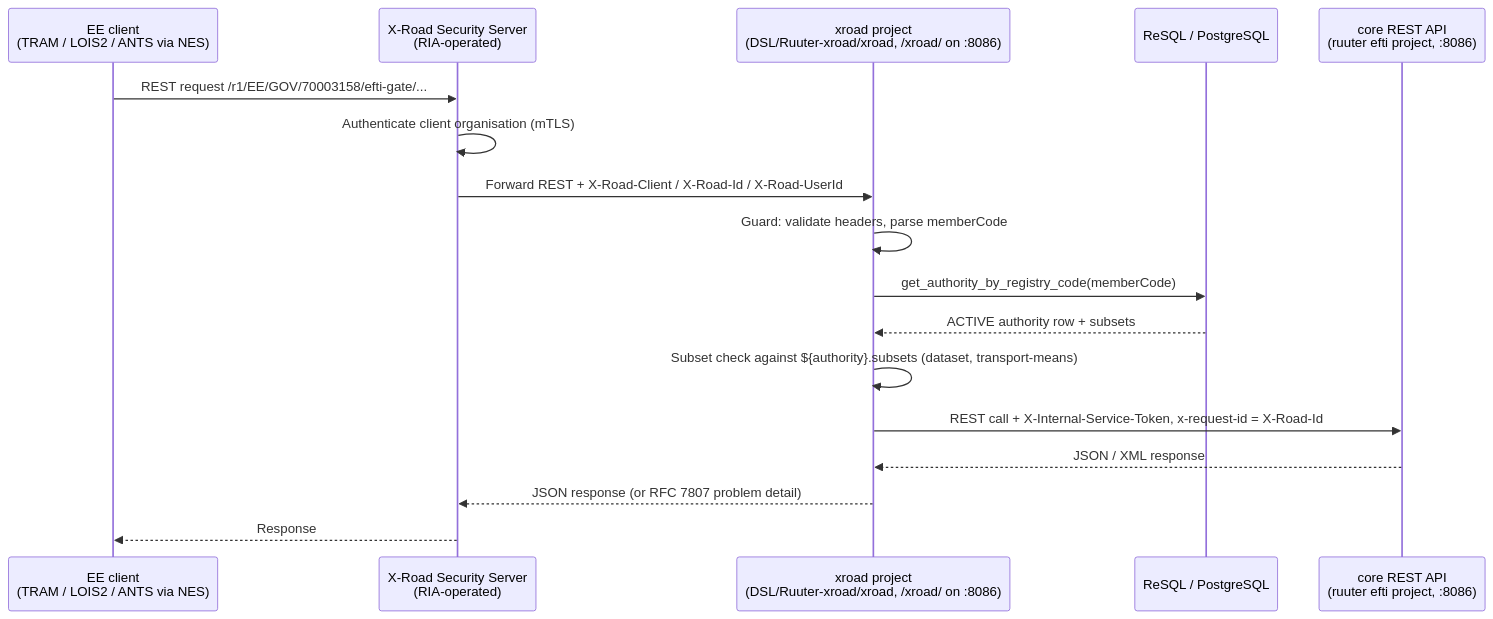
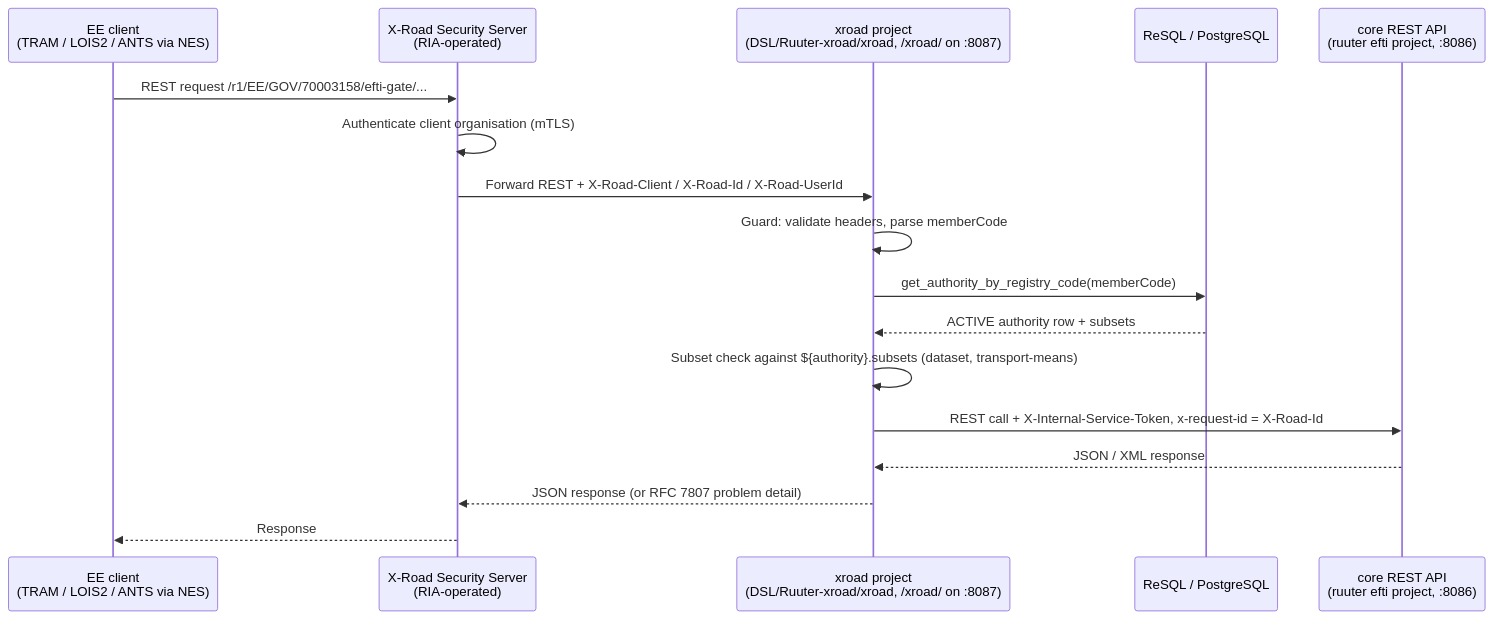
One commit to kemit-ee/efti-gate-ee changed the diagram in docs/architecture/integrations/x_road_integration.md. Above: the diagram before and after it, drawn with Mermaid. The commit also changed other lines of this file and 3 other files, not shown here.

Commit message:
docs(xroad): ADR-006, ADR-010 and the X-Road integration docs name ruuter-xroad on port 8087 and the current Ruuter version

````diff
--- a/docs/architecture/integrations/x_road_integration.md
+++ b/docs/architecture/integrations/x_road_integration.md
@@ -27,19 +26,19 @@
 ```mermaid
 sequenceDiagram
     participant Client as EE client<br/>(TRAM / LOIS2 / ANTS via NES)
     participant SS as X-Road Security Server<br/>(RIA-operated)
-    participant Adapter as xroad project<br/>(DSL/Ruuter-xroad/xroad, /xroad/ on :8086)
+    participant Adapter as xroad project<br/>(DSL/Ruuter-xroad/xroad, /xroad/ on :8087)
     participant Resql as ReSQL / PostgreSQL
     participant Core as core REST API<br/>(ruuter efti project, :8086)
     Client->>SS: REST request /r1/EE/GOV/70003158/efti-gate/...
     SS->>SS: Authenticate client organisation (mTLS)
     SS->>Adapter: Forward REST + X-Road-Client / X-Road-Id / X-Road-UserId
     Adapter->>Adapter: Guard: validate headers, parse memberCode
     Adapter->>Resql: get_authority_by_registry_code(memberCode)
     Resql-->>Adapter: ACTIVE authority row + subsets
     Adapter->>Adapter: Subset check against ${authority}.subsets (dataset, transport-means)
     Adapter->>Core: REST call + X-Internal-Service-Token, x-request-id = X-Road-Id
     Core-->>Adapter: JSON / XML response
     Adapter-->>SS: JSON response (or RFC 7807 problem detail)
     SS-->>Client: Response
 ```
````
